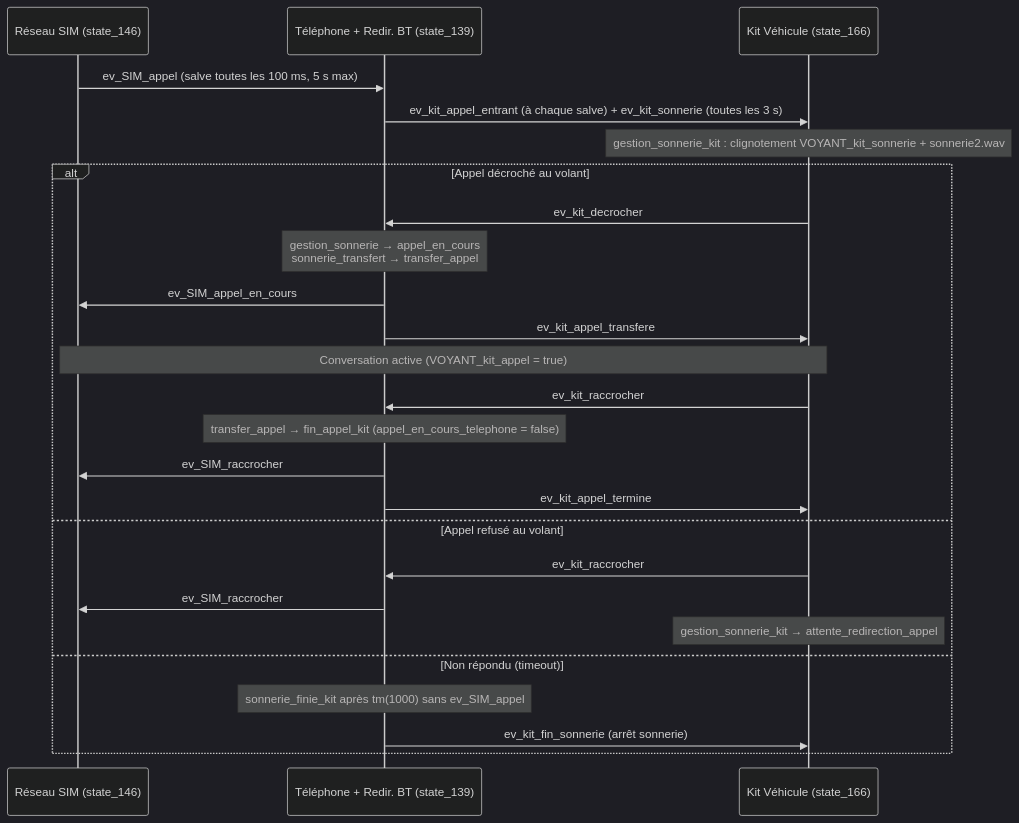
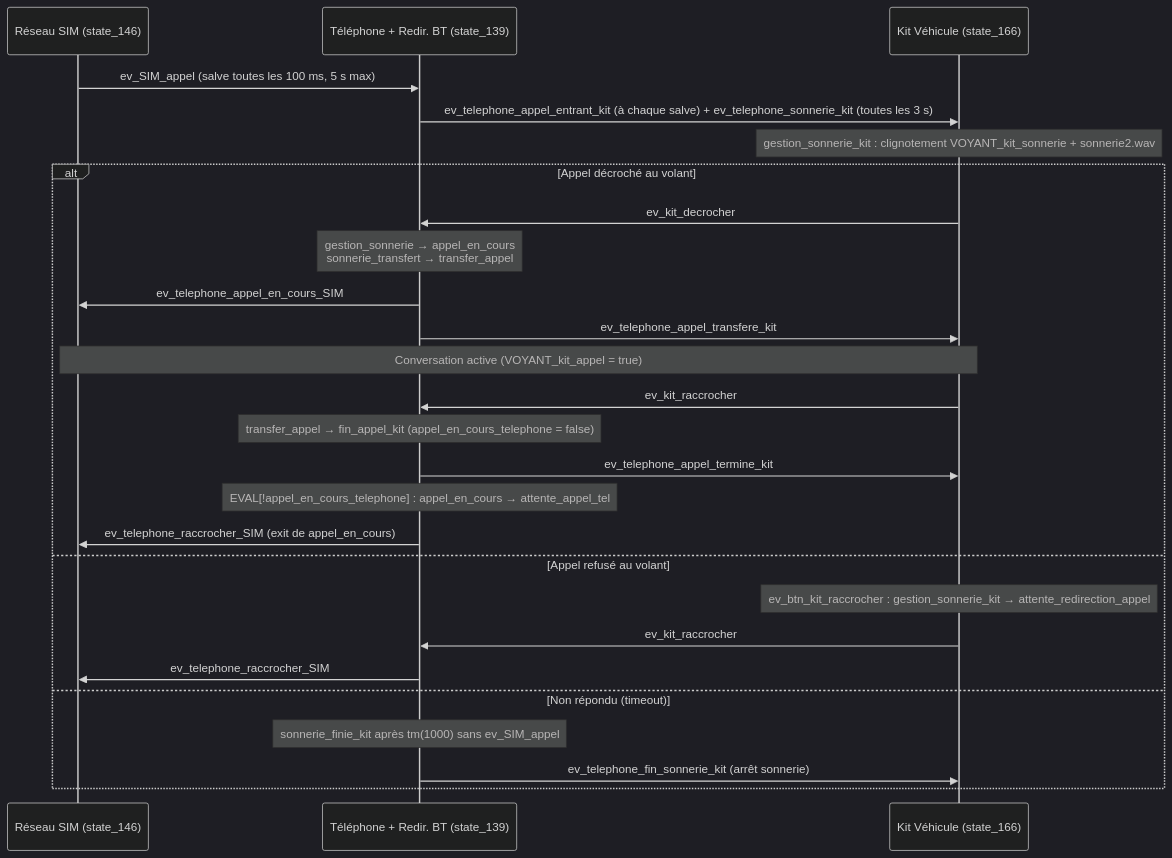
One commit to benoitdekeyn/E4SE_TD_TP changed the fifth of 9 diagrams in systemes_evenements_discrets/Rapport/Rapport.md. Above: the diagram before and after it, drawn with Mermaid (dark theme). The commit also changed other lines of this file and 2 other files, not shown here.

Commit message:
modification annexe et finalisation kit

````diff
--- a/systemes_evenements_discrets/Rapport/Rapport.md
+++ b/systemes_evenements_discrets/Rapport/Rapport.md
@@ -847,29 +900,30 @@
 ```mermaid
 sequenceDiagram
     participant SIM as Réseau SIM (state_146)
     participant Tel as Téléphone + Redir. BT (state_139)
     participant Kit as Kit Véhicule (state_166)
 
     SIM->>Tel: ev_SIM_appel (salve toutes les 100 ms, 5 s max)
-    Tel->>Kit: ev_kit_appel_entrant (à chaque salve) + ev_kit_sonnerie (toutes les 3 s)
+    Tel->>Kit: ev_telephone_appel_entrant_kit (à chaque salve) + ev_telephone_sonnerie_kit (toutes les 3 s)
     Note over Kit: gestion_sonnerie_kit : clignotement VOYANT_kit_sonnerie + sonnerie2.wav
 
     alt Appel décroché au volant
         Kit->>Tel: ev_kit_decrocher
         Note over Tel: gestion_sonnerie → appel_en_cours<br/>sonnerie_transfert → transfer_appel
-        Tel->>SIM: ev_SIM_appel_en_cours
-        Tel->>Kit: ev_kit_appel_transfere
+        Tel->>SIM: ev_telephone_appel_en_cours_SIM
+        Tel->>Kit: ev_telephone_appel_transfere_kit
         Note over SIM,Kit: Conversation active (VOYANT_kit_appel = true)
         Kit->>Tel: ev_kit_raccrocher
         Note over Tel: transfer_appel → fin_appel_kit (appel_en_cours_telephone = false)
-        Tel->>SIM: ev_SIM_raccrocher
-        Tel->>Kit: ev_kit_appel_termine
+        Tel->>Kit: ev_telephone_appel_termine_kit
+        Note over Tel: EVAL[!appel_en_cours_telephone] : appel_en_cours → attente_appel_tel
+        Tel->>SIM: ev_telephone_raccrocher_SIM (exit de appel_en_cours)
     else Appel refusé au volant
+        Note over Kit: ev_btn_kit_raccrocher : gestion_sonnerie_kit → attente_redirection_appel
         Kit->>Tel: ev_kit_raccrocher
-        Tel->>SIM: ev_SIM_raccrocher
-        Note over Kit: gestion_sonnerie_kit → attente_redirection_appel
+        Tel->>SIM: ev_telephone_raccrocher_SIM
     else Non répondu (timeout)
         Note over Tel: sonnerie_finie_kit après tm(1000) sans ev_SIM_appel
-        Tel->>Kit: ev_kit_fin_sonnerie (arrêt sonnerie)
+        Tel->>Kit: ev_telephone_fin_sonnerie_kit (arrêt sonnerie)
     end
 ```
````
